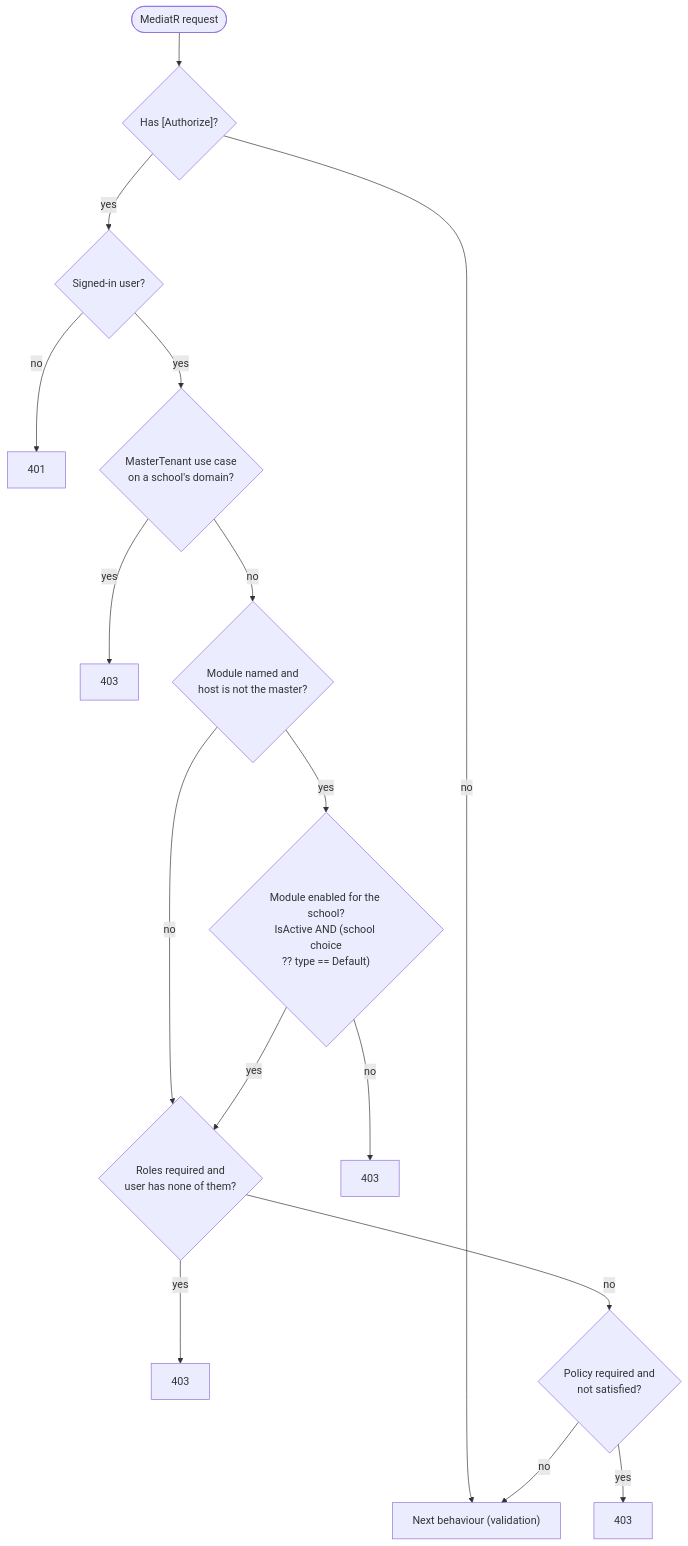
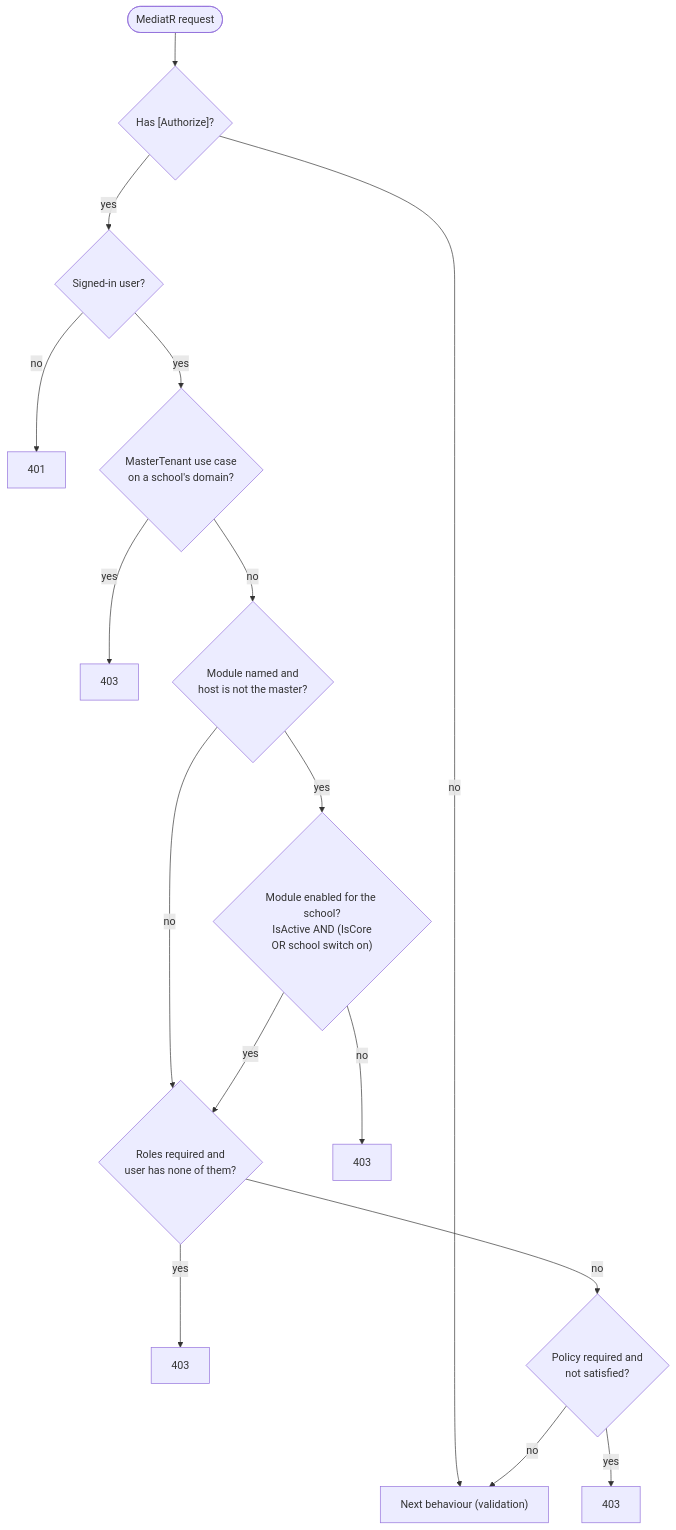
The tenth of 19 diagrams in README.md (ahmedshahjr/Education-Portal), drawn with Mermaid before and after one commit. The commit also changed other lines of this file and 62 other files, not shown here.

````diff
--- a/README.md
+++ b/README.md
@@ -503,18 +503,18 @@
 ```mermaid
 flowchart TB
     start(["MediatR request"]) --> has{"Has [Authorize]?"}
     has -- no --> next["Next behaviour (validation)"]
     has -- yes --> user{"Signed-in user?"}
     user -- no --> e401["401"]
     user -- yes --> master{"MasterTenant use case<br/>on a school's domain?"}
     master -- yes --> e403a["403"]
     master -- no --> mod{"Module named and<br/>host is not the master?"}
     mod -- no --> roles
-    mod -- yes --> enabled{"Module enabled for the school?<br/>IsActive AND (school choice<br/>?? type == Default)"}
+    mod -- yes --> enabled{"Module enabled for the school?<br/>IsActive AND (IsCore<br/>OR school switch on)"}
     enabled -- no --> e403b["403"]
     enabled -- yes --> roles{"Roles required and<br/>user has none of them?"}
     roles -- yes --> e403c["403"]
     roles -- no --> policy{"Policy required and<br/>not satisfied?"}
     policy -- yes --> e403d["403"]
     policy -- no --> next
 ```
````
